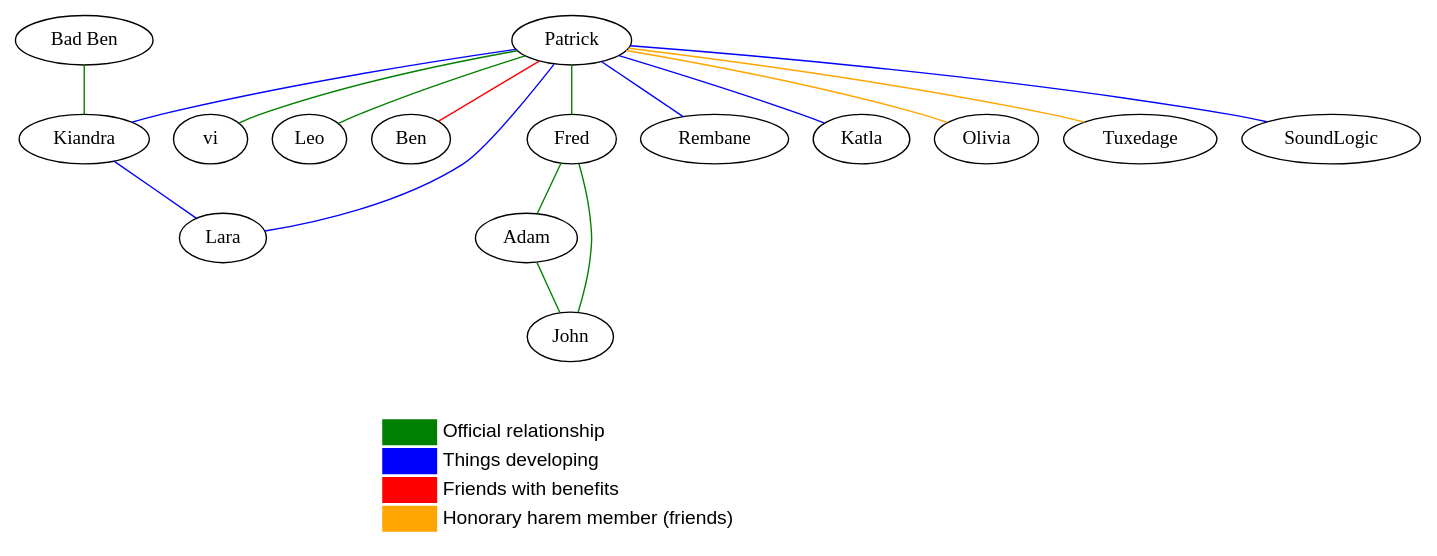
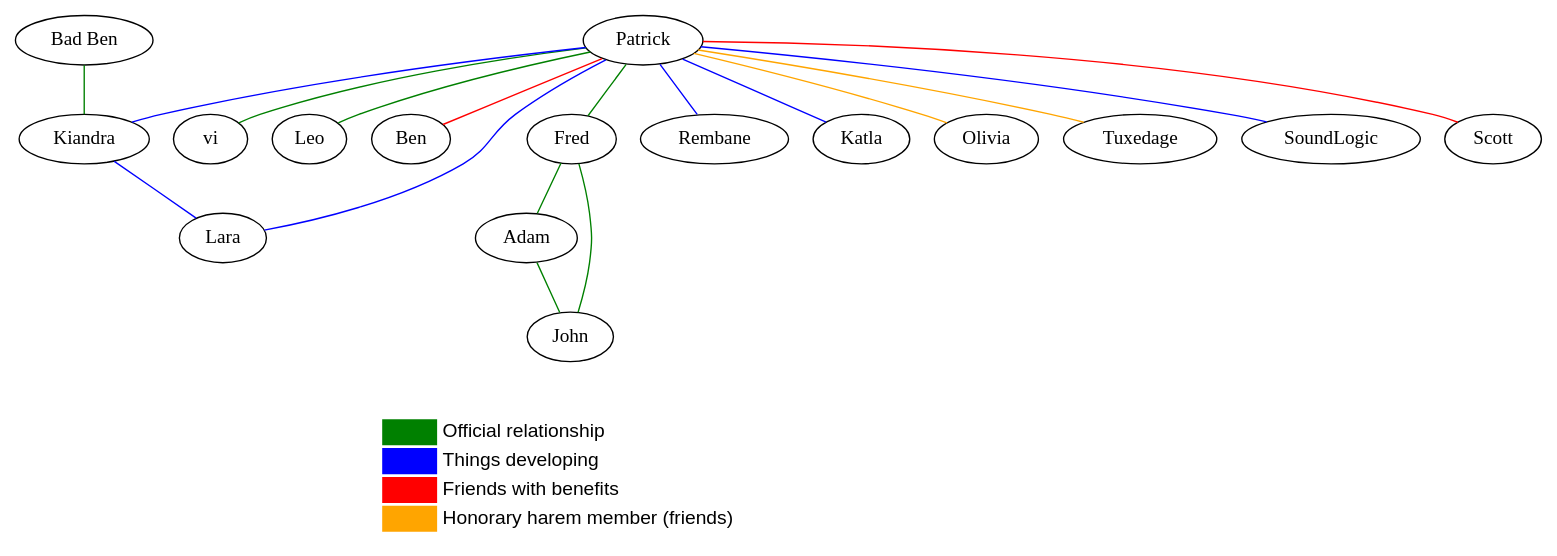
One commit to Cradam/polygraph changed the diagram in src/harem.dot. Above: the diagram before and after it, drawn with Graphviz.

Commit message:
Added Scott

```diff
--- a/src/harem.dot
+++ b/src/harem.dot
@@ -1,54 +1,56 @@
 graph harem {
   patrick [label="Patrick"]
   vi [label="vi"]
   patrick -- vi [color=green]
   leo [label="Leo"]
   patrick -- leo [color=green]
   ben [label="Ben"]
   patrick -- ben [color=red]
   kiandra [label="Kiandra"]
   patrick -- kiandra [color=blue]
   lara [label="Lara"]
   patrick -- lara [color=blue]
   kiandra -- lara [color=blue]
   badben [label="Bad Ben"]
   badben -- kiandra [color=green]
   fred [label="Fred"]
   patrick -- fred [color=green]
   adam [label="Adam"]
   john [label="John"]
   fred -- john [color=green]
   fred -- adam -- john [color=green]
   rembane [label="Rembane"]
   patrick -- rembane [color=blue]
   katla [label="Katla"]
   patrick -- katla [color=blue]
   olivia [label="Olivia"]
   patrick -- olivia [color=orange]
   tuxedage [label="Tuxedage"]
   patrick -- tuxedage [color=orange]
   soundlogic [label="SoundLogic"]
   patrick -- soundlogic [color=blue]
+  scott [label="Scott"]
+  patrick -- scott [color=red]
   { rank = sink;
     Legend [shape=none, label=<
       <table border="0">
         <tr>
           <td width="40px" bgcolor="green"></td>
           <td align="left"><font face="sans-serif">Official relationship</font></td>
         </tr>
         <tr>
           <td width="40px" bgcolor="blue"></td>
           <td align="left"><font face="sans-serif">Things developing</font></td>
         </tr>
         <tr>
           <td width="40px" bgcolor="red"></td>
           <td align="left"><font face="sans-serif">Friends with benefits</font></td>
         </tr>
         <tr>
           <td width="40px" bgcolor="orange"></td>
           <td align="left"><font face="sans-serif">Honorary harem member (friends)</font></td>
         </tr>
       </table>
     >];
   }
 }
```
